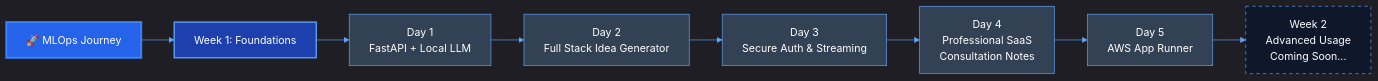
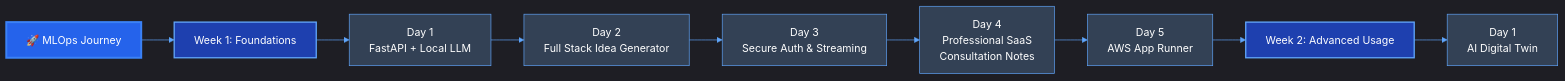
The first of 2 diagrams in README.md (baloglu321/mlops-journey), drawn with Mermaid before and after one commit. The commit also changed other lines of this file and 31 other files, not shown here.

Commit message:
week-2 day-1 commit-1

````diff
--- a/README.md
+++ b/README.md
@@ -13,20 +13,22 @@
 ```mermaid
 %%{init: {'theme': 'dark', 'themeVariables': { 'primaryColor': '#2563eb', 'primaryTextColor': '#fff', 'primaryBorderColor': '#3b82f6', 'lineColor': '#60a5fa', 'secondaryColor': '#1e40af', 'tertiaryColor': '#1e3a8a'}}}%%
 graph LR
     A[🚀 MLOps Journey] --> B[Week 1: Foundations]
     B --> C[Day 1<br/>FastAPI + Local LLM]
     C --> D[Day 2<br/>Full Stack Idea Generator]
     D --> E[Day 3<br/>Secure Auth & Streaming]
     E --> F[Day 4<br/>Professional SaaS<br/>Consultation Notes]
     F --> G[Day 5<br/>AWS App Runner]
-    G --> H[Week 2<br/>Advanced Usage<br/>Coming Soon...]
+    G --> H[Week 2: Advanced Usage]
+    H --> I[Day 1<br/>AI Digital Twin]
     
     style A fill:#2563eb,stroke:#3b82f6,stroke-width:3px,color:#fff
     style B fill:#1e40af,stroke:#60a5fa,stroke-width:2px,color:#fff
     style C fill:#334155,stroke:#60a5fa,color:#fff
     style D fill:#334155,stroke:#60a5fa,color:#fff
     style E fill:#334155,stroke:#60a5fa,color:#fff
     style F fill:#334155,stroke:#60a5fa,color:#fff
     style G fill:#334155,stroke:#60a5fa,color:#fff
-    style H fill:#0f172a,stroke:#60a5fa,stroke-dasharray: 5 5,color:#fff
+    style H fill:#1e40af,stroke:#60a5fa,stroke-width:2px,color:#fff
+    style I fill:#334155,stroke:#60a5fa,color:#fff
 ```
````
